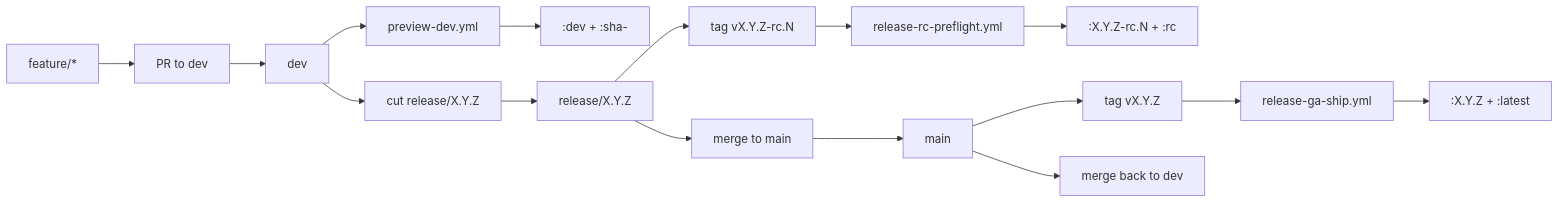
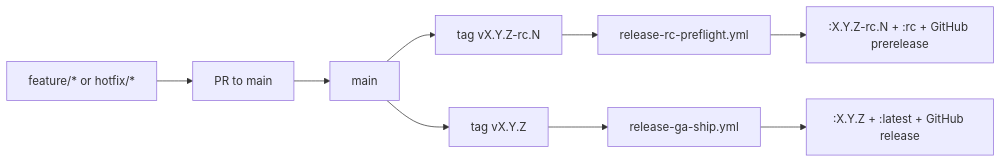
The diagram in docs/release-policy.md (vansour/Avenrixa), drawn with Mermaid before and after one commit. The commit also changed other lines of this file and 9 other files, not shown here.

Commit message:
release: move to main-only tag-driven publishing

````diff
--- a/docs/release-policy.md
+++ b/docs/release-policy.md
@@ -119,18 +88,11 @@
 ```mermaid
 flowchart LR
-    A[feature/*] --> B[PR to dev]
-    B --> C[dev]
-    C --> D[preview-dev.yml]
-    D --> E[:dev + :sha-<shortsha>]
-    C --> F[cut release/X.Y.Z]
-    F --> G[release/X.Y.Z]
-    G --> H[tag vX.Y.Z-rc.N]
-    H --> I[release-rc-preflight.yml]
-    I --> J[:X.Y.Z-rc.N + :rc]
-    G --> K[merge to main]
-    K --> L[main]
-    L --> M[tag vX.Y.Z]
-    M --> N[release-ga-ship.yml]
-    N --> O[:X.Y.Z + :latest]
-    L --> P[merge back to dev]
+    A[feature/* or hotfix/*] --> B[PR to main]
+    B --> C[main]
+    C --> D[tag vX.Y.Z-rc.N]
+    D --> E[release-rc-preflight.yml]
+    E --> F[:X.Y.Z-rc.N + :rc + GitHub prerelease]
+    C --> G[tag vX.Y.Z]
+    G --> H[release-ga-ship.yml]
+    H --> I[:X.Y.Z + :latest + GitHub release]
 ```
````
